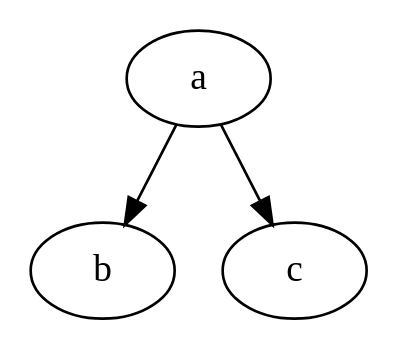
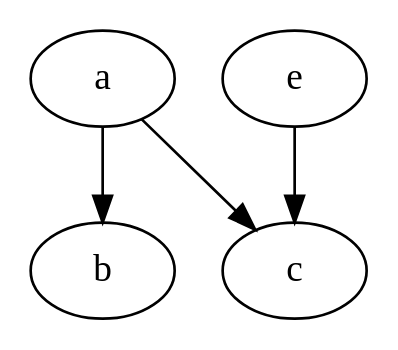
Before and after one commit to MKTPR/DFS-TaskScheduler: the diagram in 306P1/digraph.dot, drawn with Graphviz. The commit also changed 5 other files, not shown here.

```diff
--- a/306P1/digraph.dot
+++ b/306P1/digraph.dot
@@ -1,7 +1,9 @@
 digraph  example {
 a[ Weight =1];
 b[ Weight =2];
+e[ Weight =2];
+e -> c [ Weight =5];
 a -> b  [Weight =6];
 c[ Weight =10];
 a -> c[ Weight =5];
 }
```
